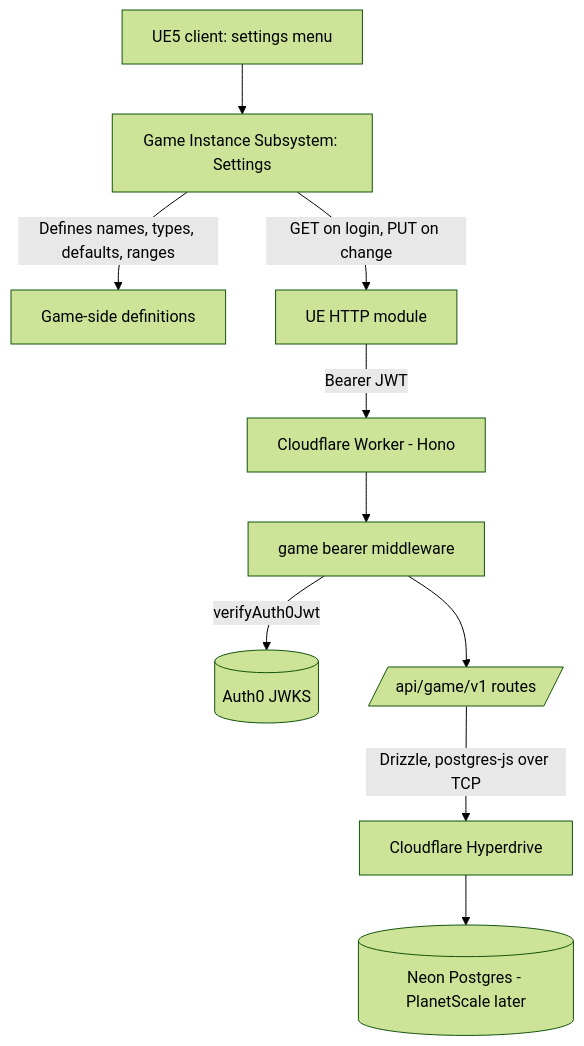
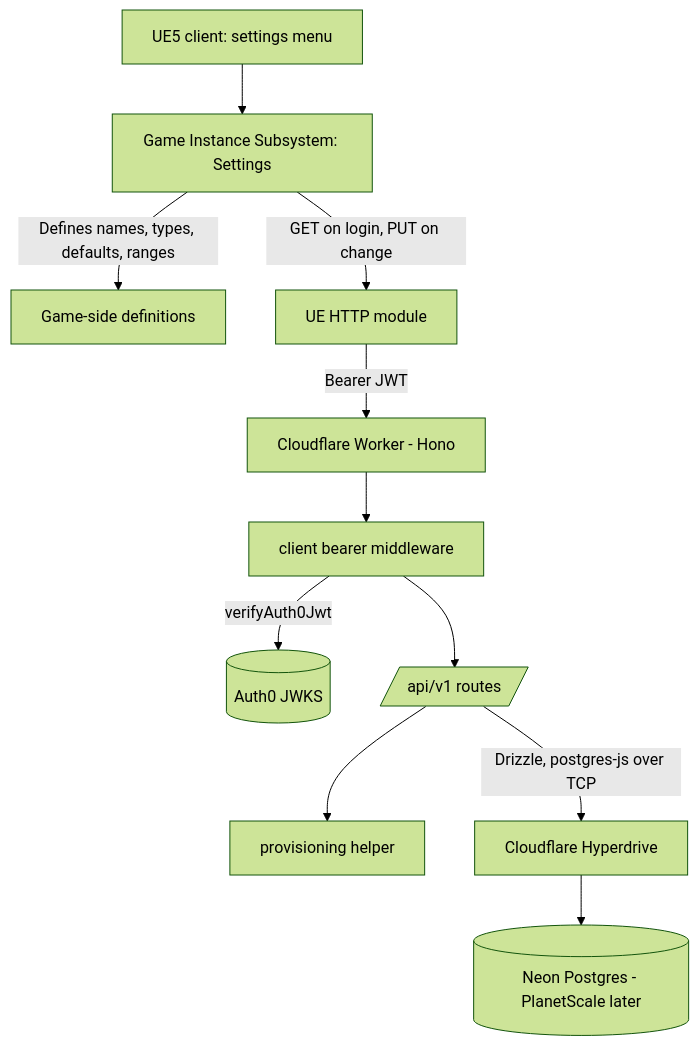
One commit to Rimelight-Entertainment/rimelight changed the diagram in rfc/0001-ue5-game-accounts-and-settings-api.md. Above: the diagram before and after it, drawn with Mermaid (forest theme). The commit also changed other lines of this file and 26 other files, not shown here.

````diff
--- a/rfc/0001-ue5-game-accounts-and-settings-api.md
+++ b/rfc/0001-ue5-game-accounts-and-settings-api.md
@@ -141,12 +150,13 @@
 ```mermaid
 graph TD
     UE[UE5 client: settings menu] --> SS[Game Instance Subsystem: Settings]
     SS -->|Defines names, types, defaults, ranges| DEF[Game-side definitions]
     SS -->|GET on login, PUT on change| HTTP[UE HTTP module]
     HTTP -->|Bearer JWT| W[Cloudflare Worker - Hono]
-    W --> M[game bearer middleware]
+    W --> M[client bearer middleware]
     M -->|verifyAuth0Jwt| JWKS[(Auth0 JWKS)]
-    M --> R[/api/game/v1 routes/]
+    M --> R[/api/v1 routes/]
+    R --> P[provisioning helper]
     R -->|Drizzle, postgres-js over TCP| HD[Cloudflare Hyperdrive]
     HD --> DB[(Neon Postgres - PlanetScale later)]
 ```
````
